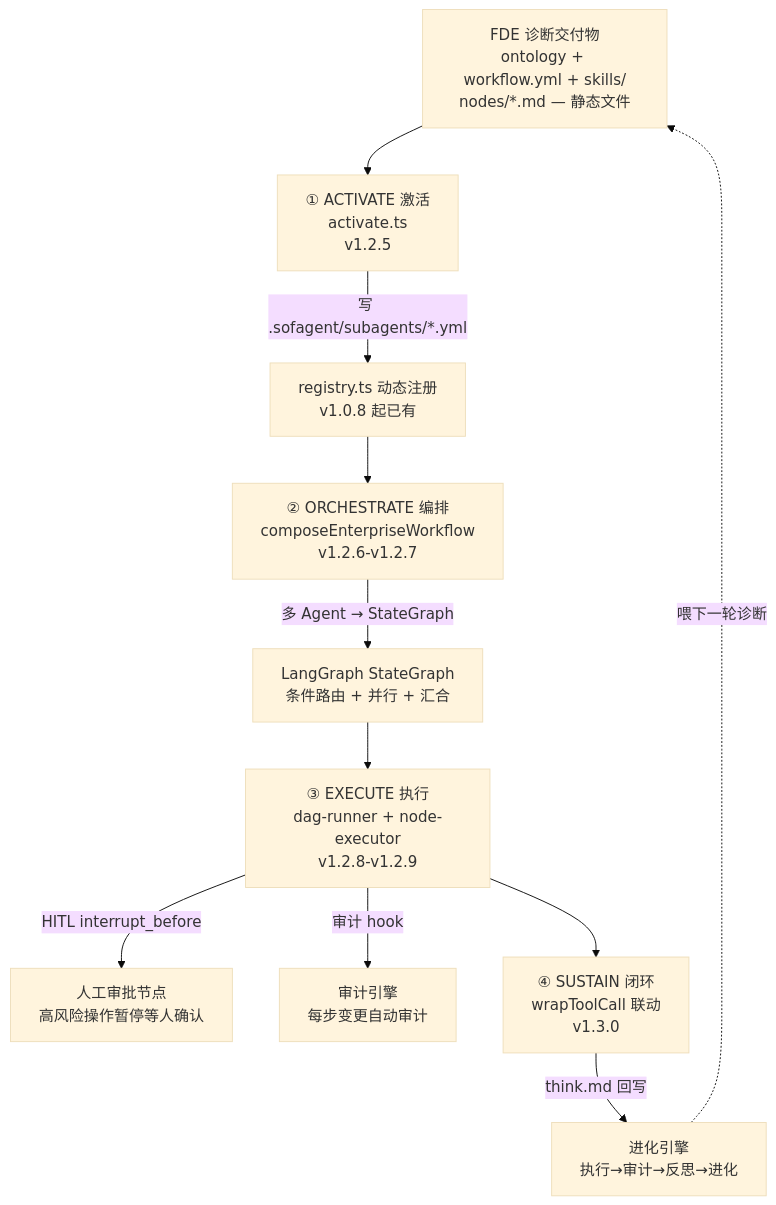
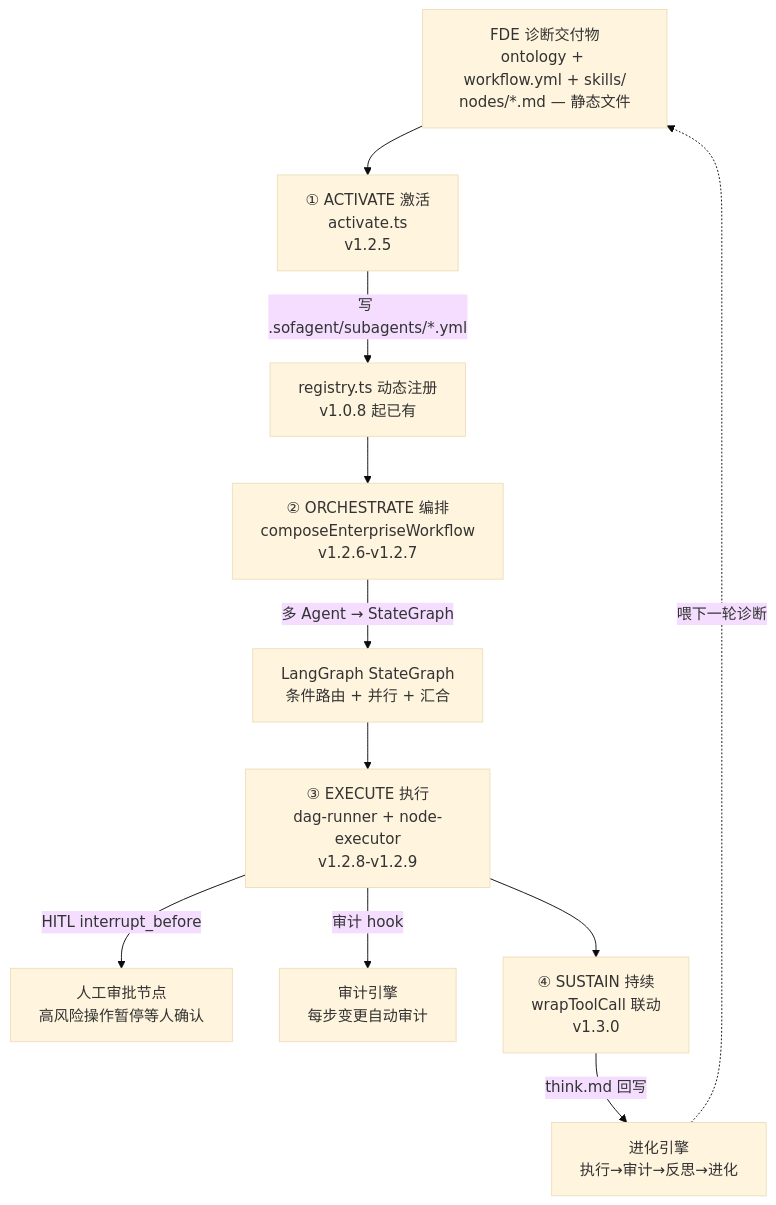
One commit to KongFangXun/sofagent changed the eighth of 8 diagrams in docs/ARCHITECTURE.md. Above: the diagram before and after it, drawn with Mermaid (base theme). The commit also changed other lines of this file and 5 other files, not shown here.

````diff
--- a/docs/ARCHITECTURE.md
+++ b/docs/ARCHITECTURE.md
@@ -877,14 +877,14 @@
 ```mermaid
 flowchart TD
     FDE[FDE 诊断交付物<br/>ontology + workflow.yml + skills/<br/>nodes/*.md — 静态文件]
     FDE --> A1[① ACTIVATE 激活<br/>activate.ts<br/>v1.2.5]
     A1 -->|写 .sofagent/subagents/*.yml| REG[registry.ts 动态注册<br/>v1.0.8 起已有]
     REG --> A2[② ORCHESTRATE 编排<br/>composeEnterpriseWorkflow<br/>v1.2.6-v1.2.7]
     A2 -->|多 Agent → StateGraph| SG[LangGraph StateGraph<br/>条件路由 + 并行 + 汇合]
     SG --> A3[③ EXECUTE 执行<br/>dag-runner + node-executor<br/>v1.2.8-v1.2.9]
     A3 -->|HITL interrupt_before| HITL[人工审批节点<br/>高风险操作暂停等人确认]
     A3 -->|审计 hook| AUDIT[审计引擎<br/>每步变更自动审计]
-    A3 --> A4[④ SUSTAIN 闭环<br/>wrapToolCall 联动<br/>v1.3.0]
+    A3 --> A4[④ SUSTAIN 持续<br/>wrapToolCall 联动<br/>v1.3.0]
     A4 -->|think.md 回写| EVOLVE[进化引擎<br/>执行→审计→反思→进化]
     EVOLVE -.->|喂下一轮诊断| FDE
 ```
````
